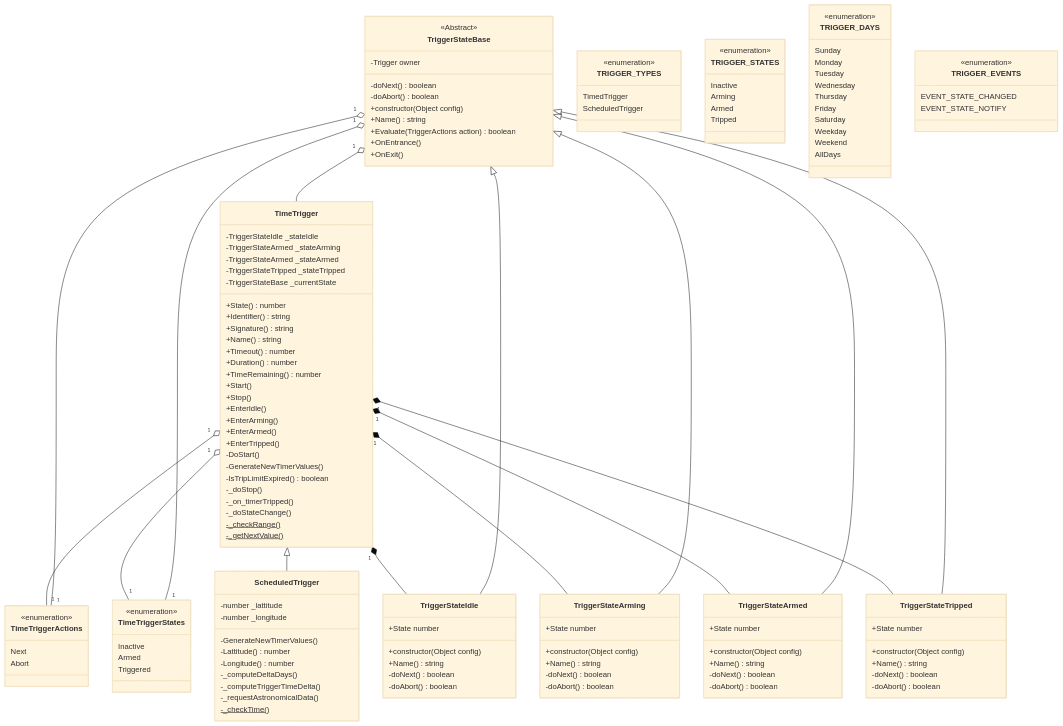
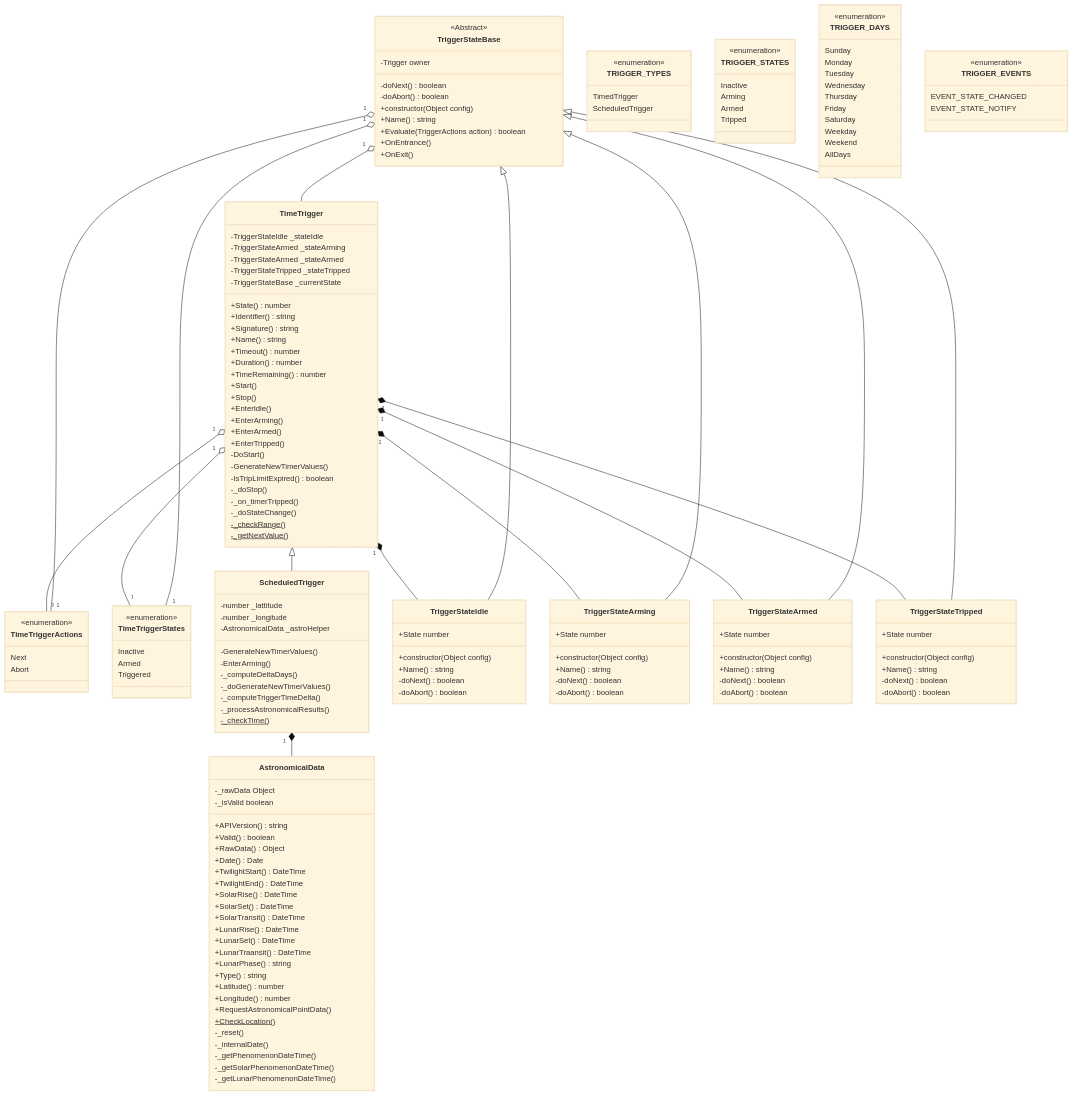
The diagram in design/triggerStateMachine.cd.mmd (pricemi115/homebridge-grumptech-timetriggers), drawn with Mermaid (base theme) before and after one commit. The commit also changed 10 other files, not shown here.

```diff
--- a/design/triggerStateMachine.cd.mmd
+++ b/design/triggerStateMachine.cd.mmd
@@ -1,143 +1,176 @@
 classDiagram
     class TimeTriggerActions{
         <<enumeration>>
         Next
         Abort
     }
     class TimeTriggerStates{
         <<enumeration>>
         Inactive
         Armed
         Triggered
     }
     class TimeTrigger{
         -TriggerStateIdle _stateIdle
         -TriggerStateArmed _stateArming
         -TriggerStateArmed _stateArmed
         -TriggerStateTripped _stateTripped
         -TriggerStateBase _currentState
 
         +State() number
         +Identifier() string
         +Signature() string
         +Name() string
         +Timeout() number
         +Duration() number
         +TimeRemaining() number
 
         +Start()
         +Stop()
 
         +EnterIdle()
         +EnterArming()
         +EnterArmed()
         +EnterTripped()
 
         -DoStart()
         -GenerateNewTimerValues()
         -IsTripLimitExpired() boolean
 
         -_doStop()
         -_on_timerTripped()
         -_doStateChange()
         -_checkRange()$
         -_getNextValue()$
     }
     class ScheduledTrigger{
         -number _lattitude
         -number _longitude
+        -AstronomicalData _astroHelper
 
         -GenerateNewTimerValues()
-        -Lattitude() number
-        -Longitude() number
+
+        -EnterArming()
 
         -_computeDeltaDays()
+        -_doGenerateNewTimerValues()
         -_computeTriggerTimeDelta()
-        -_requestAstronomicalData()
+        -_processAstronomicalResults()
 
         -_checkTime()$
     }
     class TriggerStateBase{
        <<Abstract>>
        -Trigger owner
        -doNext() boolean
        -doAbort() boolean
        +constructor(Object config)
        +Name() string
        +Evaluate(TriggerActions action) boolean
        +OnEntrance()
        +OnExit()
     }
     class TriggerStateIdle{
        +constructor(Object config)
        +Name() string
        +State number
        -doNext() boolean
        -doAbort() boolean
     }
     class TriggerStateArming{
        +constructor(Object config)
        +Name() string
        +State number
        -doNext() boolean
        -doAbort() boolean
     }
     class TriggerStateArmed{
        +constructor(Object config)
        +Name() string
        +State number
        -doNext() boolean
        -doAbort() boolean
     }
     class TriggerStateTripped{
        +constructor(Object config)
        +Name() string
        +State number
        -doNext() boolean
        -doAbort() boolean
     }
+    class AstronomicalData {
+        -_rawData Object
+        -_isValid boolean
+
+        +APIVersion() string
+        +Valid() boolean
+        +RawData() Object
+        +Date() Date
+        +TwilightStart() DateTime
+        +TwilightEnd() DateTime
+        +SolarRise() DateTime
+        +SolarSet() DateTime
+        +SolarTransit() DateTime
+        +LunarRise() DateTime
+        +LunarSet() DateTime
+        +LunarTraansit() DateTime
+        +LunarPhase() string
+        +Type() string
+        +Latitude() number
+        +Longitude() number
+
+        +RequestAstronomicalPointData()
+        +CheckLocation()$
+
+        -_reset()
+        -_internalDate()
+        -_getPhenomenonDateTime()
+        -_getSolarPhenomenonDateTime()
+        -_getLunarPhenomenonDateTime()
+    }
     TimeTrigger <|-- ScheduledTrigger
     TimeTrigger "1" *-- TriggerStateIdle
     TimeTrigger "1" *-- TriggerStateArming
     TimeTrigger "1" *-- TriggerStateArmed
     TimeTrigger "1" *-- TriggerStateTripped
     TimeTrigger "1" o-- "1" TimeTriggerActions
     TimeTrigger "1" o-- "1" TimeTriggerStates
+    ScheduledTrigger "1" *-- AstronomicalData
     TriggerStateBase "1" o-- "1" TimeTriggerActions
     TriggerStateBase "1" o-- "1" TimeTriggerStates
     TriggerStateBase "1" o-- TimeTrigger
     TriggerStateBase <|-- TriggerStateIdle
     TriggerStateBase <|-- TriggerStateArming
     TriggerStateBase <|-- TriggerStateArmed
     TriggerStateBase <|-- TriggerStateTripped
 
     class TRIGGER_TYPES {
         <<enumeration>>
         TimedTrigger
         ScheduledTrigger
     }
     class TRIGGER_STATES {
         <<enumeration>>
         Inactive
         Arming
         Armed
         Tripped
     }
     class TRIGGER_DAYS {
         <<enumeration>>
         Sunday
         Monday
         Tuesday
         Wednesday
         Thursday
         Friday
         Saturday
         Weekday
         Weekend
         AllDays
     }
     class TRIGGER_EVENTS {
         <<enumeration>>
         EVENT_STATE_CHANGED
         EVENT_STATE_NOTIFY
     }
```
